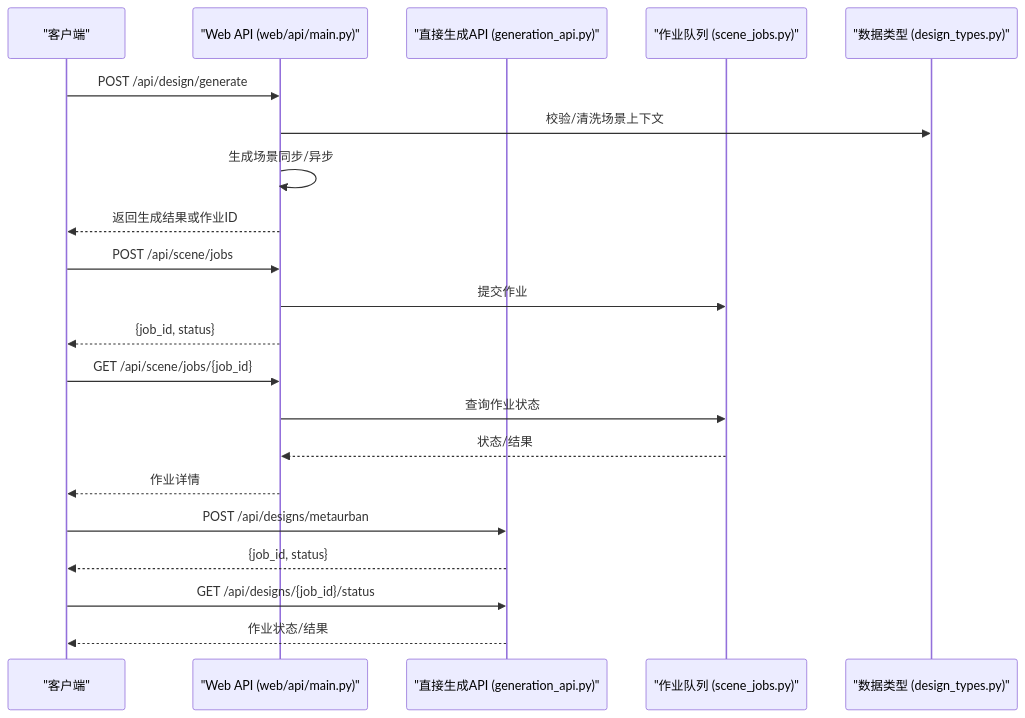
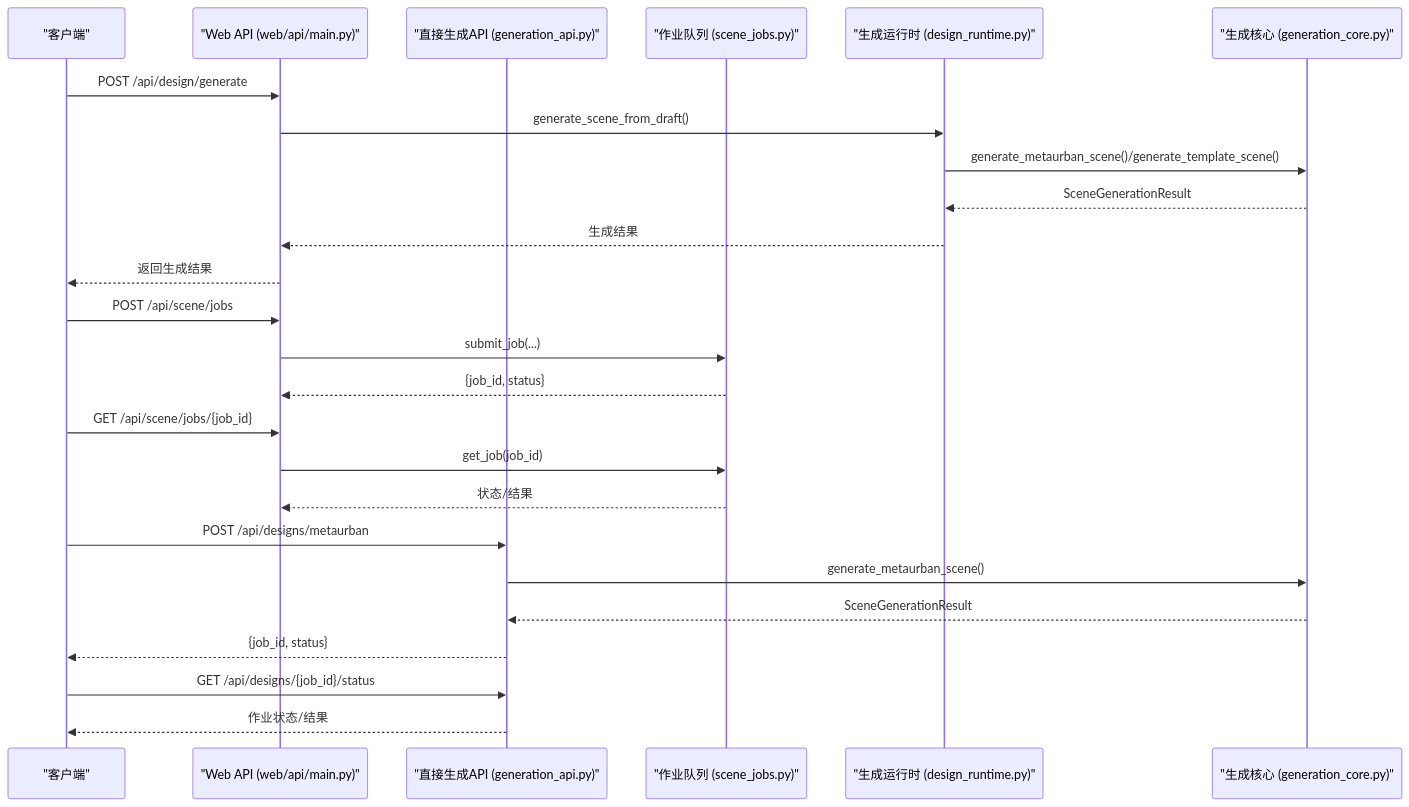
The second of 10 diagrams in .qoder/repowiki/zh/content/API接口参考/API接口参考.md (wsqstar/RoadGen3D), drawn with Mermaid before and after one commit. The commit also changed other lines of this file and 5 other files, not shown here.

````diff
--- a/.qoder/repowiki/zh/content/API接口参考/API接口参考.md
+++ b/.qoder/repowiki/zh/content/API接口参考/API接口参考.md
@@ -108,23 +127,27 @@
 ```mermaid
 sequenceDiagram
 participant Client as "客户端"
 participant WebAPI as "Web API (web/api/main.py)"
 participant GenAPI as "直接生成API (generation_api.py)"
 participant Jobs as "作业队列 (scene_jobs.py)"
-participant Types as "数据类型 (design_types.py)"
+participant Runtime as "生成运行时 (design_runtime.py)"
+participant Core as "生成核心 (generation_core.py)"
 Client->>WebAPI : POST /api/design/generate
-WebAPI->>Types : 校验/清洗场景上下文
-WebAPI->>WebAPI : 生成场景同步/异步
-WebAPI-->>Client : 返回生成结果或作业ID
+WebAPI->>Runtime : generate_scene_from_draft()
+Runtime->>Core : generate_metaurban_scene()/generate_template_scene()
+Core-->>Runtime : SceneGenerationResult
+Runtime-->>WebAPI : 生成结果
+WebAPI-->>Client : 返回生成结果
 Client->>WebAPI : POST /api/scene/jobs
-WebAPI->>Jobs : 提交作业
-WebAPI-->>Client : {job_id, status}
+WebAPI->>Jobs : submit_job(...)
+Jobs-->>WebAPI : {job_id, status}
 Client->>WebAPI : GET /api/scene/jobs/{job_id}
-WebAPI->>Jobs : 查询作业状态
+WebAPI->>Jobs : get_job(job_id)
 Jobs-->>WebAPI : 状态/结果
-WebAPI-->>Client : 作业详情
 Client->>GenAPI : POST /api/designs/metaurban
+GenAPI->>Core : generate_metaurban_scene()
+Core-->>GenAPI : SceneGenerationResult
 GenAPI-->>Client : {job_id, status}
 Client->>GenAPI : GET /api/designs/{job_id}/status
 GenAPI-->>Client : 作业状态/结果
 ```
````
